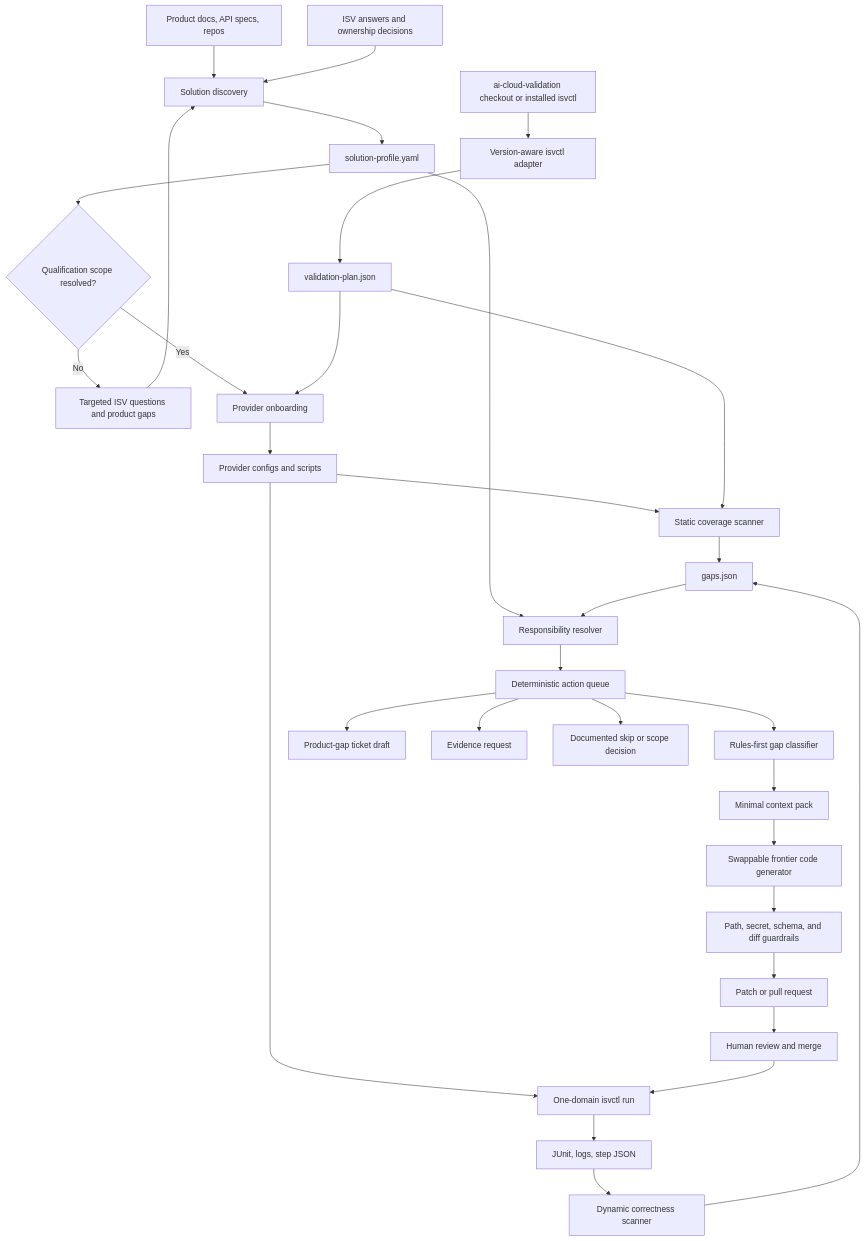
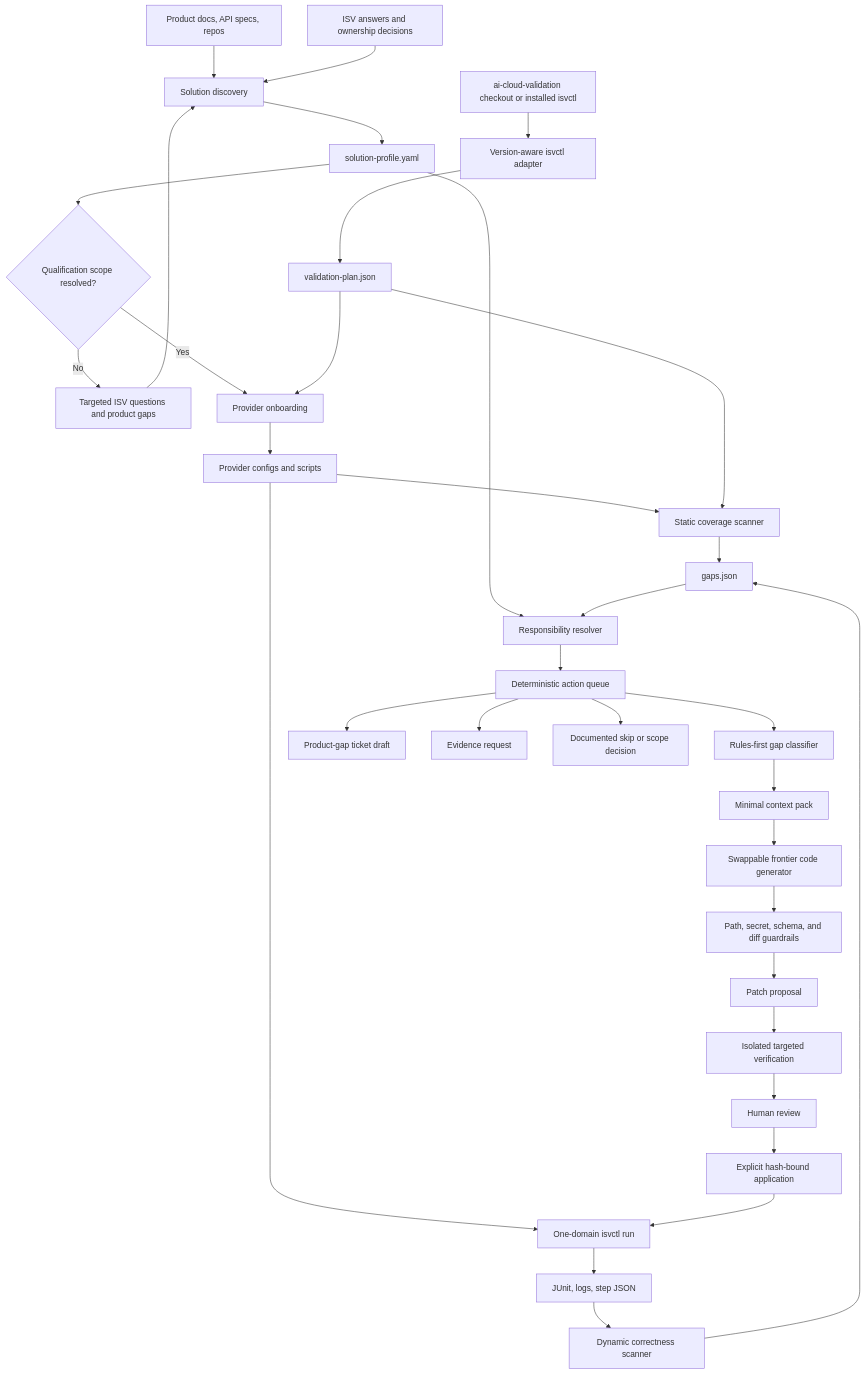
The diagram in docs/architecture.md (Gayatri-K26/isv-readiness), drawn with Mermaid before and after one commit. The commit also changed other lines of this file and 16 other files, not shown here.

````diff
--- a/docs/architecture.md
+++ b/docs/architecture.md
@@ -14,41 +14,43 @@
 ```mermaid
 flowchart TD
     Docs[Product docs, API specs, repos] --> ProfileBuilder[Solution discovery]
     ISV[ISV answers and ownership decisions] --> ProfileBuilder
     ProfileBuilder --> Profile[solution-profile.yaml]
 
     ACV[ai-cloud-validation checkout or installed isvctl] --> Adapter[Version-aware isvctl adapter]
     Adapter --> Plan[validation-plan.json]
 
     Profile --> Gate{Qualification scope resolved?}
     Gate -->|No| Questions[Targeted ISV questions and product gaps]
     Questions --> ProfileBuilder
     Gate -->|Yes| Onboard[Provider onboarding]
     Plan --> Onboard
     Onboard --> Provider[Provider configs and scripts]
 
     Provider --> Static[Static coverage scanner]
     Plan --> Static
     Static --> Gaps[gaps.json]
 
     Provider --> Run[One-domain isvctl run]
     Run --> Artifacts[JUnit, logs, step JSON]
     Artifacts --> Dynamic[Dynamic correctness scanner]
     Dynamic --> Gaps
 
     Profile --> Resolver[Responsibility resolver]
     Gaps --> Resolver
     Resolver --> Actions[Deterministic action queue]
 
     Actions --> Classifier[Rules-first gap classifier]
     Classifier --> Context[Minimal context pack]
     Context --> Generator[Swappable frontier code generator]
     Generator --> Guardrail[Path, secret, schema, and diff guardrails]
-    Guardrail --> Patch[Patch or pull request]
-    Patch --> Human[Human review and merge]
-    Human --> Run
+    Guardrail --> Patch[Patch proposal]
+    Patch --> Verify[Isolated targeted verification]
+    Verify --> Human[Human review]
+    Human --> Apply[Explicit hash-bound application]
+    Apply --> Run
 
     Actions --> Ticket[Product-gap ticket draft]
     Actions --> Evidence[Evidence request]
     Actions --> Skip[Documented skip or scope decision]
 ```
````
